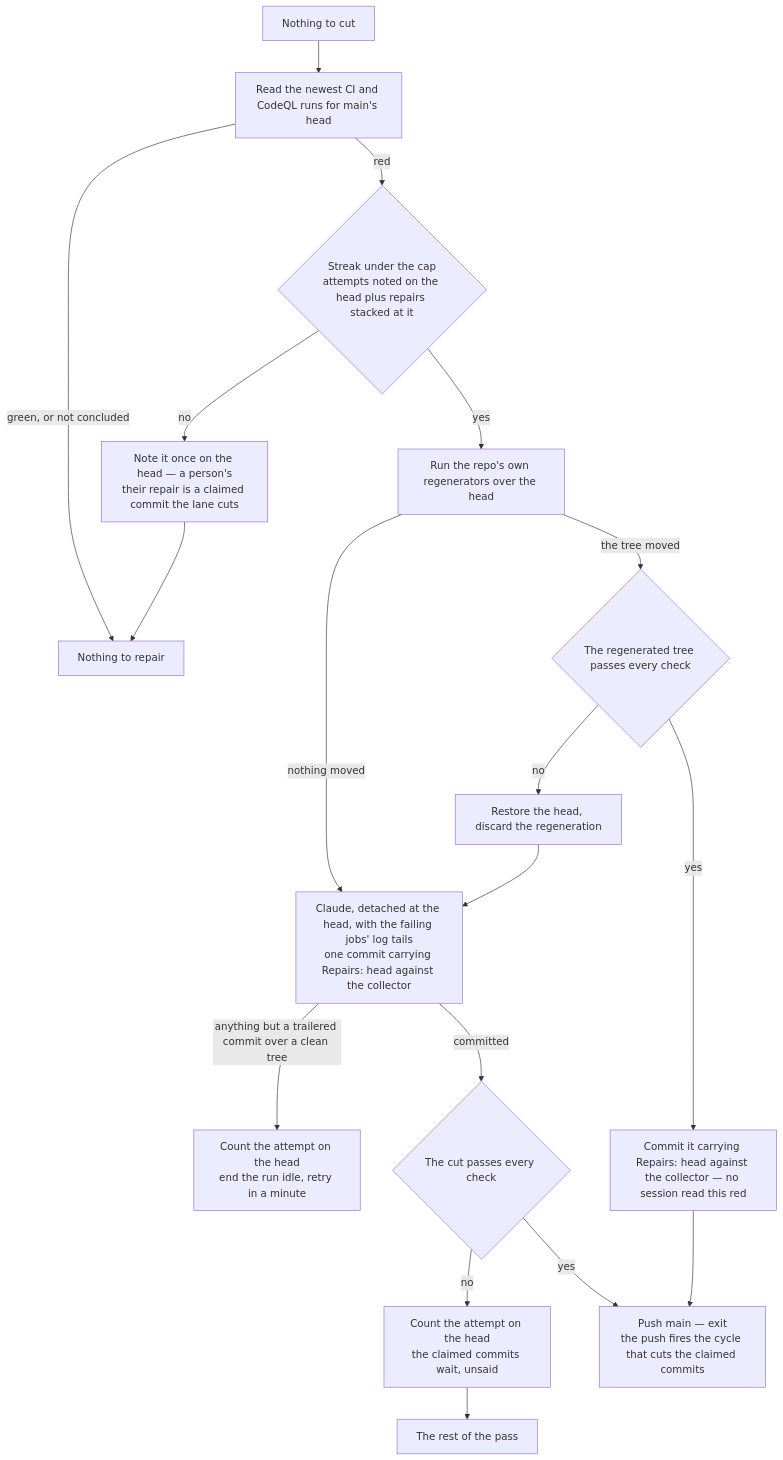
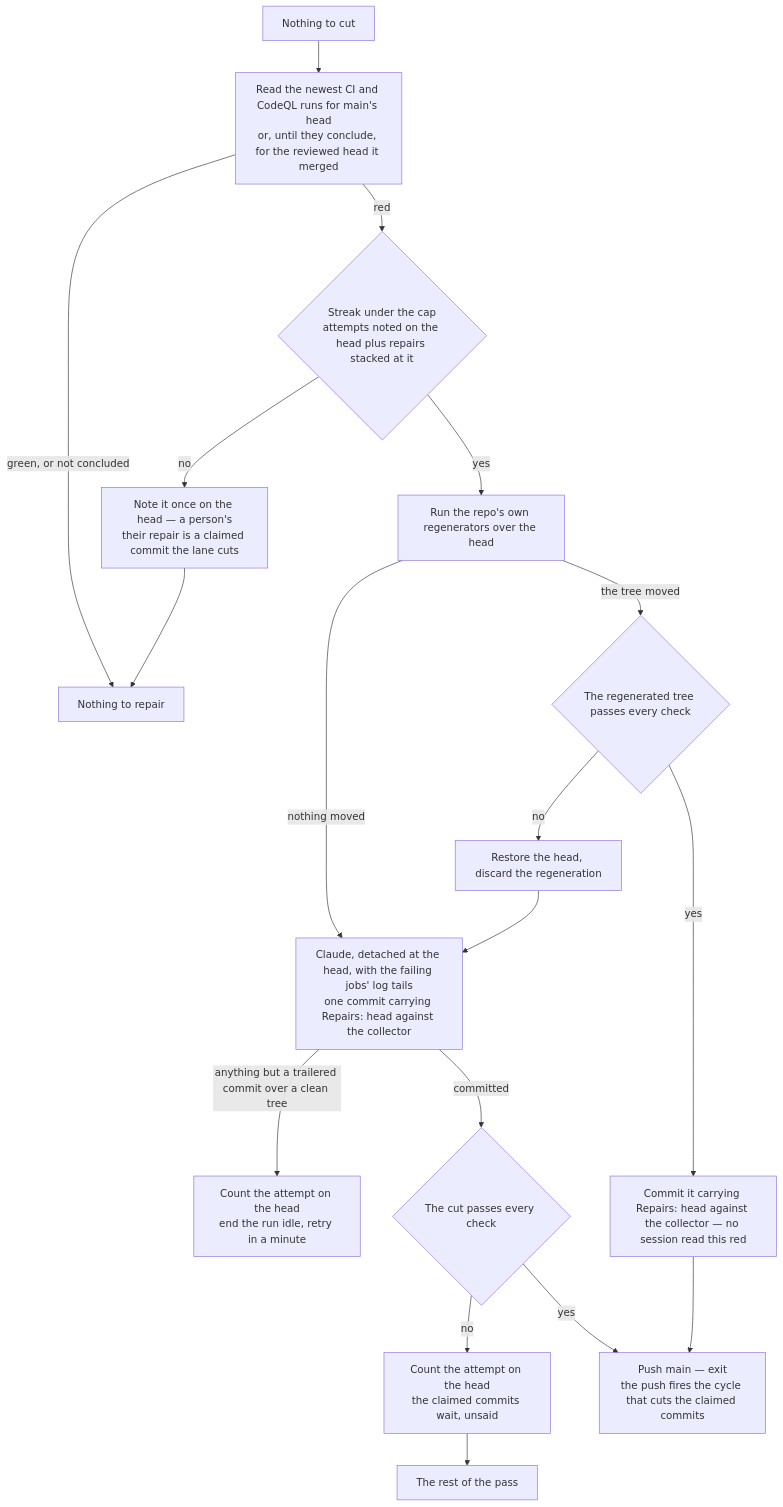
One commit to Esposter/Esposter changed the diagram in apps/web/content/docs/infra/review-collector/repair.md. Above: the diagram before and after it, drawn with Mermaid. The commit also changed other lines of this file and 5 other files, not shown here.

````diff
--- a/apps/web/content/docs/infra/review-collector/repair.md
+++ b/apps/web/content/docs/infra/review-collector/repair.md
@@ -14,17 +14,17 @@
 ```mermaid
 flowchart TD
-  E[Nothing to cut] --> R[Read the newest CI and CodeQL runs for main's head]
+  E[Nothing to cut] --> R[Read the newest CI and CodeQL runs for main's head<br/>or, until they conclude, for the reviewed head it merged]
   R -->|green, or not concluded| L[Nothing to repair]
   R -->|red| S{Streak under the cap<br/>attempts noted on the head plus repairs stacked at it}
   S -->|no| P[Note it once on the head — a person's<br/>their repair is a claimed commit the lane cuts] --> L
   S -->|yes| G[Run the repo's own regenerators over the head]
   G -->|nothing moved| C
   G -->|the tree moved| GV{The regenerated tree passes every check}
   GV -->|no| RS[Restore the head, discard the regeneration] --> C
   GV -->|yes| GC[Commit it carrying Repairs: head against the collector — no session read this red] --> PU
   C[Claude, detached at the head, with the failing jobs' log tails<br/>one commit carrying Repairs: head against the collector]
   C -->|anything but a trailered commit over a clean tree| F[Count the attempt on the head<br/>end the run idle, retry in a minute]
   C -->|committed| V{The cut passes every check}
   V -->|no| N[Count the attempt on the head<br/>the claimed commits wait, unsaid] --> L2[The rest of the pass]
   V -->|yes| PU[Push main — exit<br/>the push fires the cycle that cuts the claimed commits]
 ```
````
